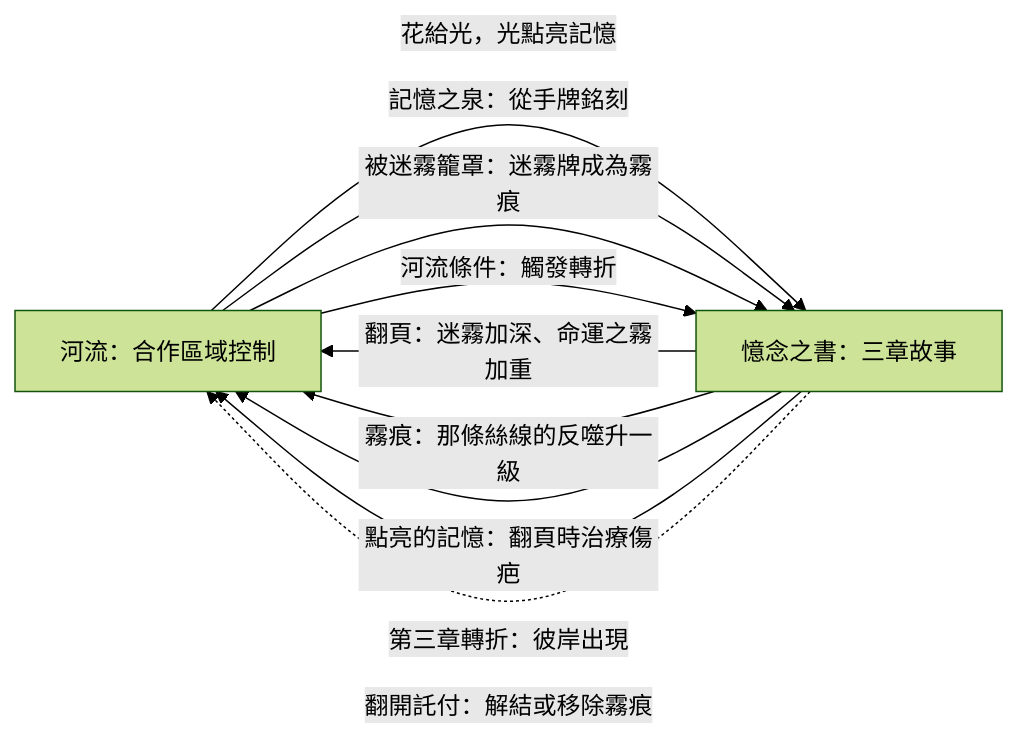
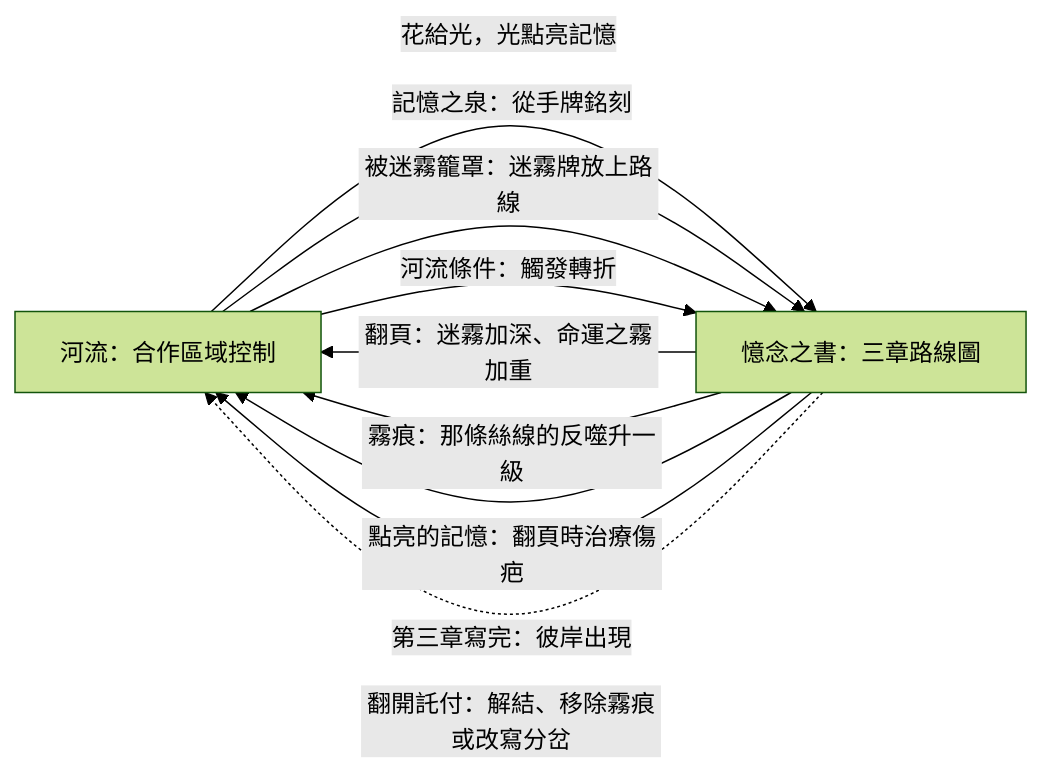
The first of 2 diagrams in docs/design/V5-proposal.zh-TW.md (Ralph-Liu-Hub/Boardgame-Netherbloom), drawn with Mermaid (forest theme) before and after one commit. The commit also changed other lines of this file and 5 other files, not shown here.

````diff
--- a/docs/design/V5-proposal.zh-TW.md
+++ b/docs/design/V5-proposal.zh-TW.md
@@ -68,14 +70,14 @@
 ```mermaid
 flowchart LR
   R[河流：合作區域控制]
-  B[憶念之書：三章故事]
+  B[憶念之書：三章路線圖]
   R -- 花給光，光點亮記憶 --> B
   R -- 記憶之泉：從手牌銘刻 --> B
-  R -- 被迷霧籠罩：迷霧牌成為霧痕 --> B
+  R -- 被迷霧籠罩：迷霧牌放上路線 --> B
   R -- 河流條件：觸發轉折 --> B
   B -- 翻頁：迷霧加深、命運之霧加重 --> R
   B -- 霧痕：那條絲線的反噬升一級 --> R
   B -- 點亮的記憶：翻頁時治療傷疤 --> R
-  B -- 第三章轉折：彼岸出現 --> R
-  B -. 翻開託付：解結或移除霧痕 .-> R
+  B -- 第三章寫完：彼岸出現 --> R
+  B -. 翻開託付：解結、移除霧痕或改寫分岔 .-> R
 ```
````
